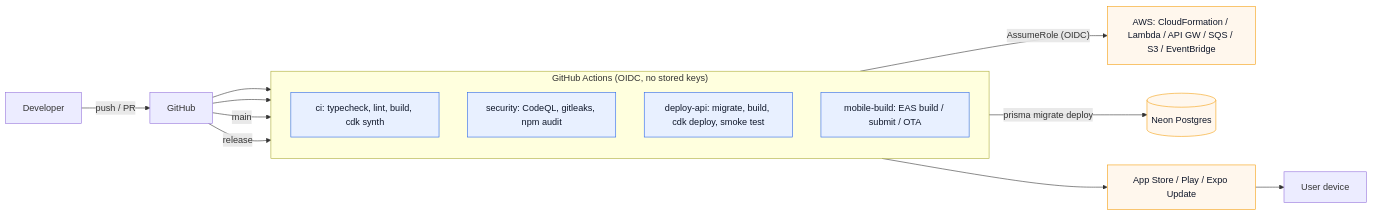
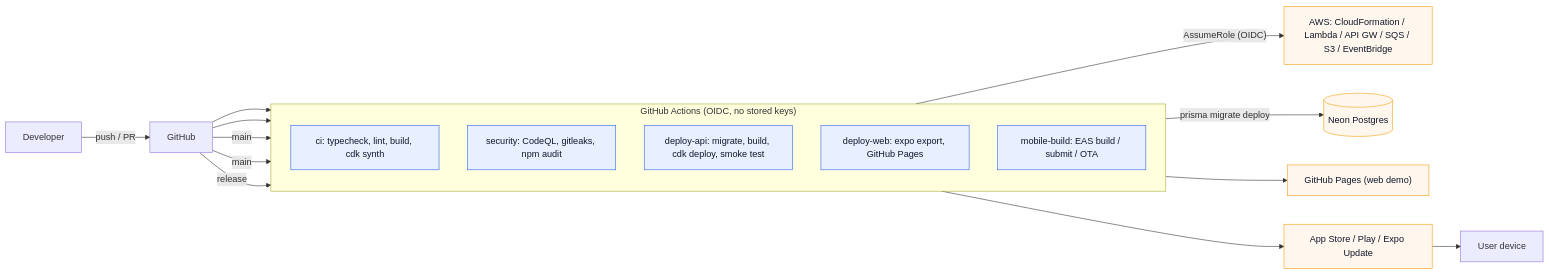
Before and after one commit to elleskay/drivebuddy: the sixth of 8 diagrams in README.md, drawn with Mermaid. The commit also changed other lines of this file and 28 other files, not shown here.

````diff
--- a/README.md
+++ b/README.md
@@ -342,27 +358,30 @@
 ```mermaid
 flowchart LR
     Dev["Developer"] -- "push / PR" --> GH["GitHub"]
 
     subgraph CI["GitHub Actions (OIDC, no stored keys)"]
         direction TB
         CIW["ci: typecheck, lint, build, cdk synth"]
         SEC["security: CodeQL, gitleaks, npm audit"]
         DEP["deploy-api: migrate, build, cdk deploy, smoke test"]
+        WEB["deploy-web: expo export, GitHub Pages"]
         MOB["mobile-build: EAS build / submit / OTA"]
     end
 
     GH --> CIW
     GH --> SEC
     GH -- "main" --> DEP
+    GH -- "main" --> WEB
     GH -- "release" --> MOB
 
     DEP -- "AssumeRole (OIDC)" --> AWS["AWS: CloudFormation / Lambda / API GW / SQS / S3 / EventBridge"]
     DEP -- "prisma migrate deploy" --> NEON[("Neon Postgres")]
+    WEB --> PAGES["GitHub Pages (web demo)"]
     MOB --> STORES["App Store / Play / Expo Update"]
     STORES --> Device["User device"]
 
     classDef ci fill:#e8f0ff,stroke:#2563eb,color:#0f172a;
     classDef tgt fill:#fff7ed,stroke:#f59e0b,color:#0f172a;
-    class CIW,SEC,DEP,MOB ci;
-    class AWS,NEON,STORES tgt;
+    class CIW,SEC,DEP,WEB,MOB ci;
+    class AWS,NEON,PAGES,STORES tgt;
 ```
````
